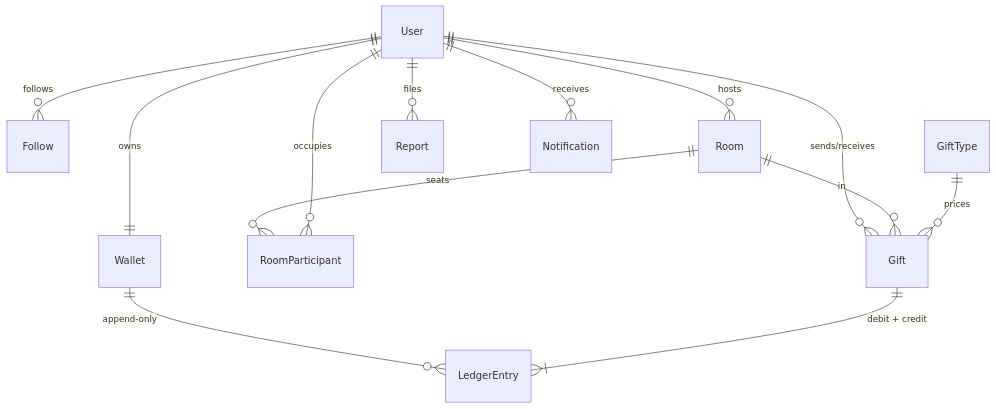
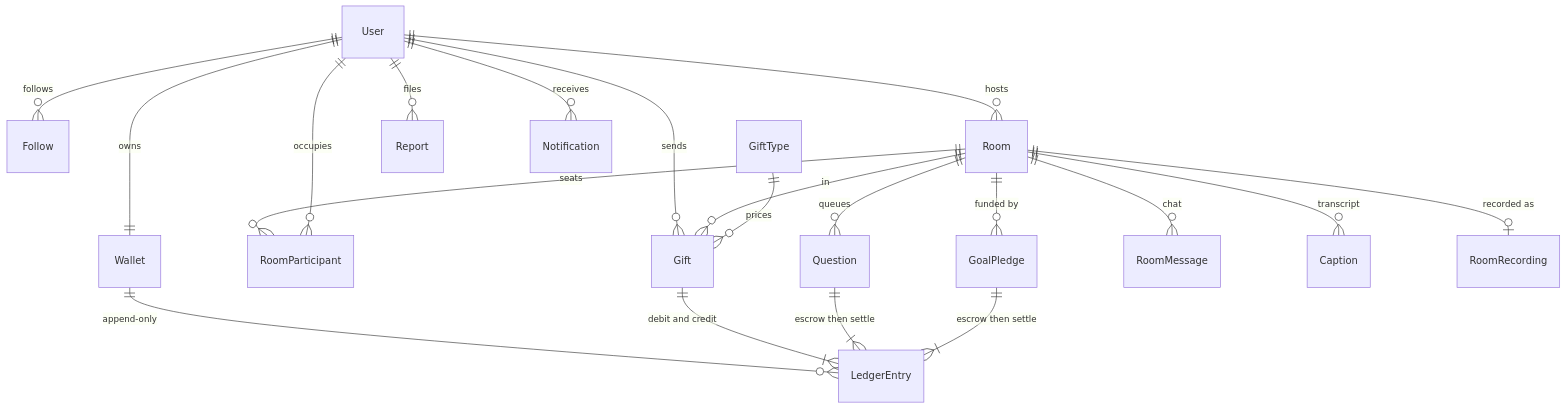
Before and after one commit to SagnikBhowmik77/Roomies: the first of 3 diagrams in README.md, drawn with Mermaid. The commit also changed other lines of this file, not shown here.

First line of the commit message:
README: fix mermaid parse error, refresh the diagrams

````diff
--- a/README.md
+++ b/README.md
@@ -34,15 +34,22 @@
 ```mermaid
 erDiagram
     User ||--o{ Follow : "follows"
     User ||--o{ Room : "hosts"
     User ||--|| Wallet : "owns"
     Room ||--o{ RoomParticipant : "seats"
     User ||--o{ RoomParticipant : "occupies"
     Wallet ||--o{ LedgerEntry : "append-only"
-    Gift ||--|{ LedgerEntry : "debit + credit"
-    User ||--o{ Gift : "sends/receives"
+    Gift ||--|{ LedgerEntry : "debit and credit"
+    Question ||--|{ LedgerEntry : "escrow then settle"
+    GoalPledge ||--|{ LedgerEntry : "escrow then settle"
+    User ||--o{ Gift : "sends"
     Room ||--o{ Gift : "in"
     GiftType ||--o{ Gift : "prices"
+    Room ||--o{ Question : "queues"
+    Room ||--o{ GoalPledge : "funded by"
+    Room ||--o{ RoomMessage : "chat"
+    Room ||--o{ Caption : "transcript"
+    Room ||--o| RoomRecording : "recorded as"
     User ||--o{ Report : "files"
     User ||--o{ Notification : "receives"
 ```
````
